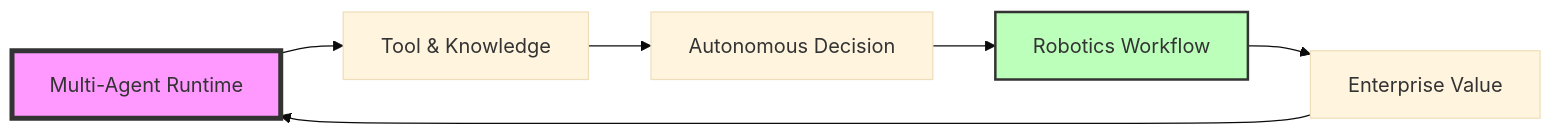
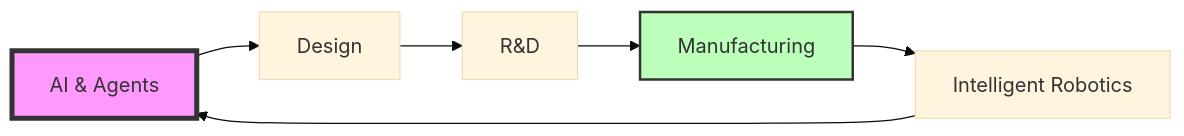
One commit to ink-hz/ink-hz changed the diagram in README.md. Above: the diagram before and after it, drawn with Mermaid (base theme). The commit also changed other lines of this file, not shown here.

````diff
--- a/README.md
+++ b/README.md
@@ -28,10 +28,10 @@
 ```mermaid
 graph LR
-    A[Multi-Agent Runtime] --> B[Tool & Knowledge]
-    B --> C[Autonomous Decision]
-    C --> D[Robotics Workflow]
-    D --> E[Enterprise Value]
+    A[AI & Agents] --> B[Design]
+    B --> C[R&D]
+    C --> D[Manufacturing]
+    D --> E[Intelligent Robotics]
     E --> A
     style A fill:#f9f,stroke:#333,stroke-width:4px
     style D fill:#bfb,stroke:#333,stroke-width:2px
 ```
````
